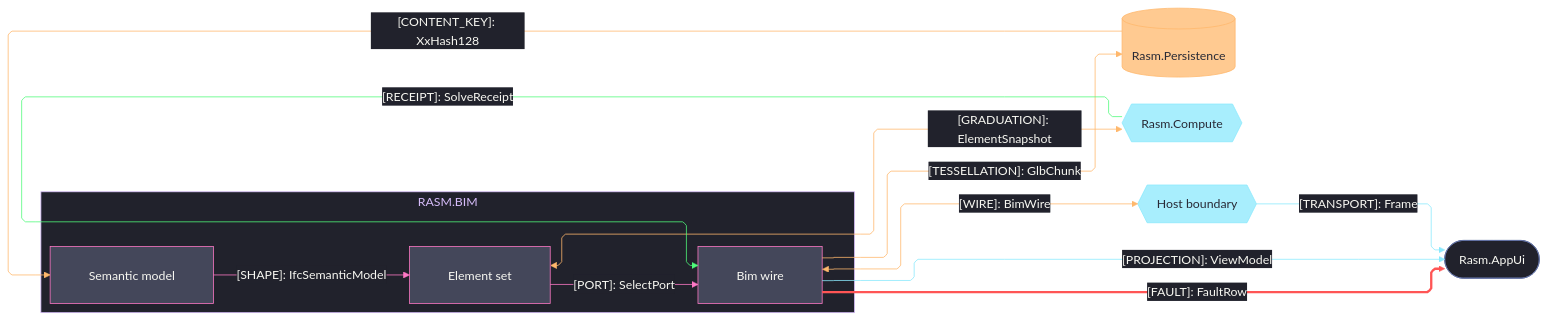
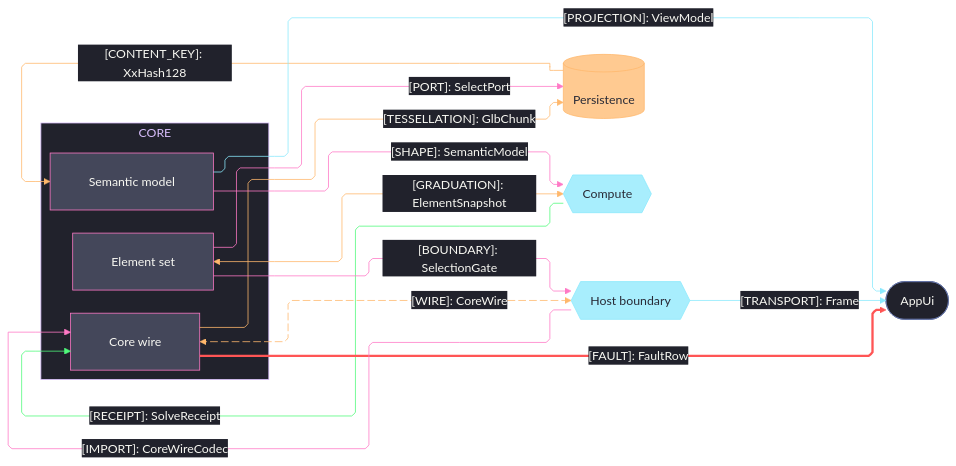
Before and after one commit to bsamiee/Parametric_Forge: the diagram in .claude/skills/mermaid-diagramming/templates/seam-graph.mmd.md, drawn with Mermaid. The commit also changed other lines of this file and 263 other files, not shown here.

````diff
--- a/.claude/skills/mermaid-diagramming/templates/seam-graph.mmd.md
+++ b/.claude/skills/mermaid-diagramming/templates/seam-graph.mmd.md
@@ -5,63 +11,71 @@
 ```mermaid
 ---
 config:
   theme: base
   look: classic
   layout: elk
   flowchart:
     curve: linear
     padding: 25
   themeVariables:
     darkMode: true
     fontFamily: "SF Mono, Menlo, Cascadia Mono, Segoe UI Mono, Consolas, monospace"
     useGradient: false
     dropShadow: "none"
     background: "#282A36"
     primaryColor: "#44475A"
     primaryTextColor: "#F8F8F2"
     primaryBorderColor: "#BD93F9"
     lineColor: "#FF79C6"
     textColor: "#F8F8F2"
     clusterBkg: "#21222C"
     clusterBorder: "#D6BCFA"
     edgeLabelBackground: "#21222C"
     labelBackgroundColor: "#21222C"
     titleColor: "#D6BCFA"
   themeCSS: ".nodeLabel{font-size:13px;font-weight:500}.edgeLabel{font-size:12px;font-weight:500}.cluster-label .nodeLabel{font-size:13.5px;font-weight:700;letter-spacing:.08em}.edge-thickness-normal{stroke-width:2px}.edge-thickness-thick{stroke-width:3px}.edge-pattern-dashed,.edge-pattern-dotted{stroke-width:1.5px;stroke-dasharray:4 6}.node rect,.node circle,.node polygon,.node path,.node .outer-path{stroke-width:1.5px;filter:none!important}.cluster rect{stroke-width:1px!important;stroke-dasharray:5 4!important;filter:none!important}.marker path{transform:scale(.8);transform-origin:5px 5px}.marker circle{transform:scale(.48);transform-origin:5px 5px}.edgeLabel rect{transform-box:fill-box;transform-origin:center;transform:scale(1.1,1.2)}"
 ---
 flowchart LR
-    accTitle: Bim package seam registry
-    accDescr: Bim sub-domain owners exchanging kinded shapes with persistence, compute, the host boundary, and the app shell, edge rails colored by kind and nodes classed by seam direction.
-    subgraph bim[RASM.BIM]
+    accTitle: Core package seam registry
+    accDescr: Core sub-domain owners exchanging kinded shapes with persistence, compute, the host boundary, and the app shell, edge rails colored by kind, nodes classed by seam direction, and the live host wire animated.
+    subgraph core[CORE]
         Semantic[Semantic model]
         ElementSet[Element set]
-        Wire[Bim wire]
+        Wire[Core wire]
     end
-    Persistence[(Rasm.Persistence)]
-    Compute{{Rasm.Compute}}
+    Persistence[(Persistence)]
+    Compute{{Compute}}
     Host{{Host boundary}}
-    AppUi([Rasm.AppUi])
-    Semantic -->|"[SHAPE]: IfcSemanticModel"| ElementSet
-    ElementSet -->|"[PORT]: SelectPort"| Wire
-    Wire <-->|"[WIRE]: BimWire"| Host
-    Persistence -->|"[CONTENT_KEY]: XxHash128"| Semantic
-    Wire -->|"[TESSELLATION]: GlbChunk"| Persistence
-    ElementSet <-->|"[GRADUATION]: ElementSnapshot"| Compute
-    Compute -->|"[RECEIPT]: SolveReceipt"| Wire
-    Wire -->|"[FAULT]: FaultRow"| AppUi
-    Wire -->|"[PROJECTION]: ViewModel"| AppUi
-    Host -->|"[TRANSPORT]: Frame"| AppUi
-    linkStyle 1 stroke:#FF79C6,color:#F8F8F2
-    linkStyle 2,3,4,5 stroke:#FFB86C,color:#F8F8F2
-    linkStyle 6 stroke:#50FA7B,color:#F8F8F2
-    linkStyle 7 stroke:#FF5555,stroke-width:3px,color:#F8F8F2
-    linkStyle 8,9 stroke:#8BE9FD,color:#F8F8F2
+    AppUi([AppUi])
+    Persistence e1@-->|"[CONTENT_KEY]: XxHash128"| Semantic
+    Wire e2@<-->|"[WIRE]: CoreWire"| Host
+    Wire e3@-->|"[TESSELLATION]: GlbChunk"| Persistence
+    ElementSet e4@<-->|"[GRADUATION]: ElementSnapshot"| Compute
+    Compute e5@-->|"[RECEIPT]: SolveReceipt"| Wire
+    Wire e6@-->|"[FAULT]: FaultRow"| AppUi
+    Semantic e7@-->|"[PROJECTION]: ViewModel"| AppUi
+    Host e8@-->|"[TRANSPORT]: Frame"| AppUi
+    ElementSet e9@-->|"[PORT]: SelectPort"| Persistence
+    Semantic e10@-->|"[SHAPE]: SemanticModel"| Compute
+    ElementSet e11@-->|"[BOUNDARY]: SelectionGate"| Host
+    Host e12@-->|"[IMPORT]: CoreWireCodec"| Wire
+    e2@{ animate: true }
     classDef primary fill:#44475A,stroke:#FF79C6,color:#F8F8F2
     classDef external fill:#8BE9FDBF,stroke:#8BE9FD,color:#282A36
     classDef data fill:#FFB86CBF,stroke:#FFB86C,color:#282A36
-    classDef annotation fill:#21222C,stroke:#6272A4,color:#F8F8F2
+    classDef recessed fill:#21222C,stroke:#6272A4,color:#F8F8F2
+    classDef edgeData stroke:#FFB86C,color:#F8F8F2
+    classDef edgeSuccess stroke:#50FA7B,color:#F8F8F2
+    classDef edgeError stroke:#FF5555,stroke-width:3px,color:#F8F8F2
+    classDef edgeExternal stroke:#8BE9FD,color:#F8F8F2
+    classDef edgeControl stroke:#FF79C6,color:#F8F8F2
     class Semantic,ElementSet,Wire primary
     class Compute,Host external
     class Persistence data
-    class AppUi annotation
+    class AppUi recessed
+    class e1,e2,e3,e4 edgeData
+    class e5 edgeSuccess
+    class e6 edgeError
+    class e7,e8 edgeExternal
+    class e9,e10,e11,e12 edgeControl
 ```
````
